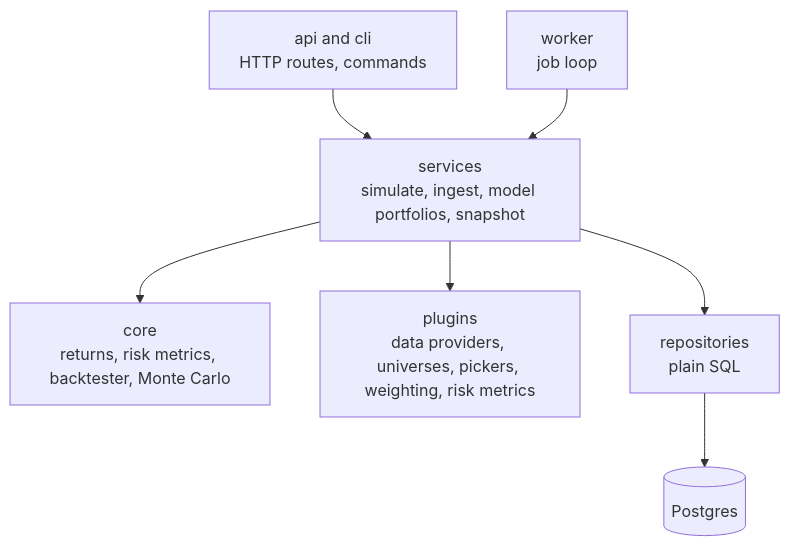
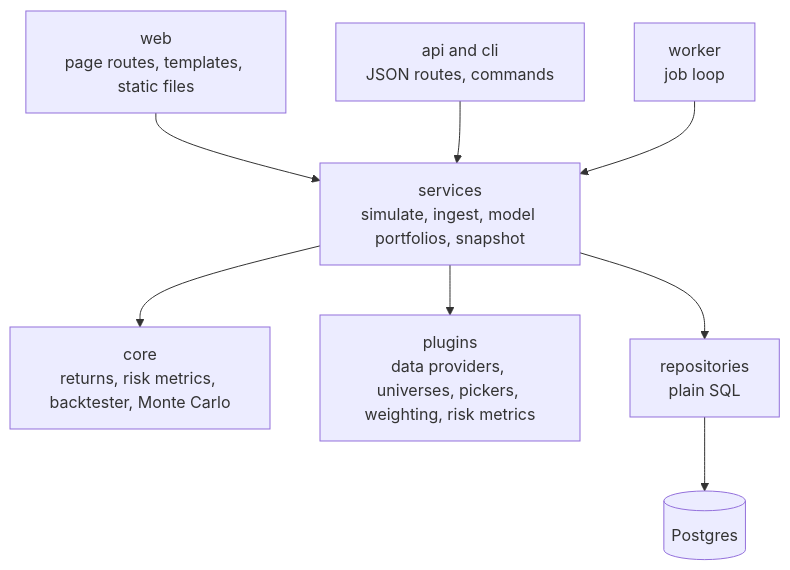
One commit to yashcontractor04/stock-simulator changed the second of 6 diagrams in docs/02-architecture.md. Above: the diagram before and after it, drawn with Mermaid. The commit also changed other lines of this file and 6 other files, not shown here.

````diff
--- a/docs/02-architecture.md
+++ b/docs/02-architecture.md
@@ -117,9 +135,10 @@
 ```mermaid
 flowchart TB
-  A[api and cli<br/>HTTP routes, commands] --> S[services<br/>simulate, ingest, model portfolios, snapshot]
+  P[web<br/>page routes, templates, static files] --> S
+  A[api and cli<br/>JSON routes, commands] --> S[services<br/>simulate, ingest, model portfolios, snapshot]
   W[worker<br/>job loop] --> S
   S --> C[core<br/>returns, risk metrics, backtester, Monte Carlo]
-  S --> P[plugins<br/>data providers, universes, pickers, weighting, risk metrics]
+  S --> PL[plugins<br/>data providers, universes, pickers, weighting, risk metrics]
   S --> R[repositories<br/>plain SQL]
   R --> DB[(Postgres)]
 ```
````
